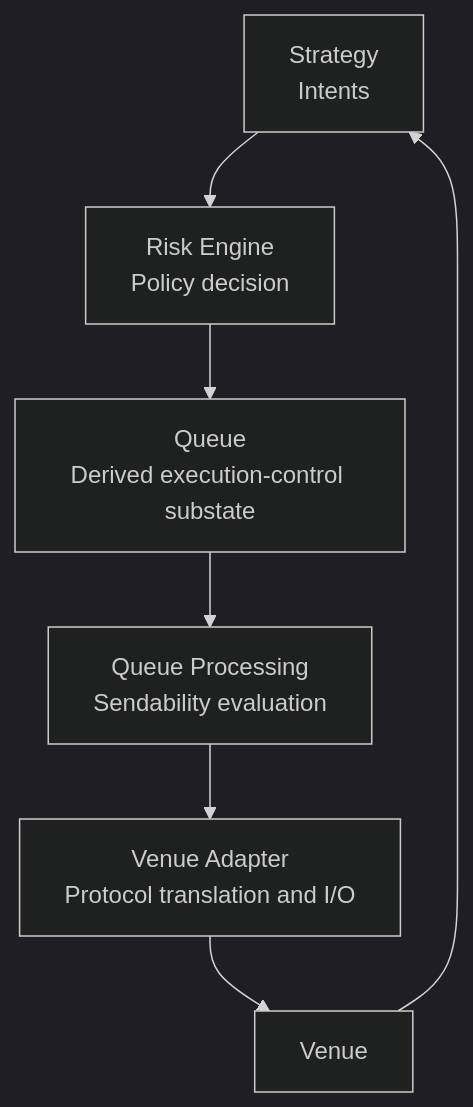
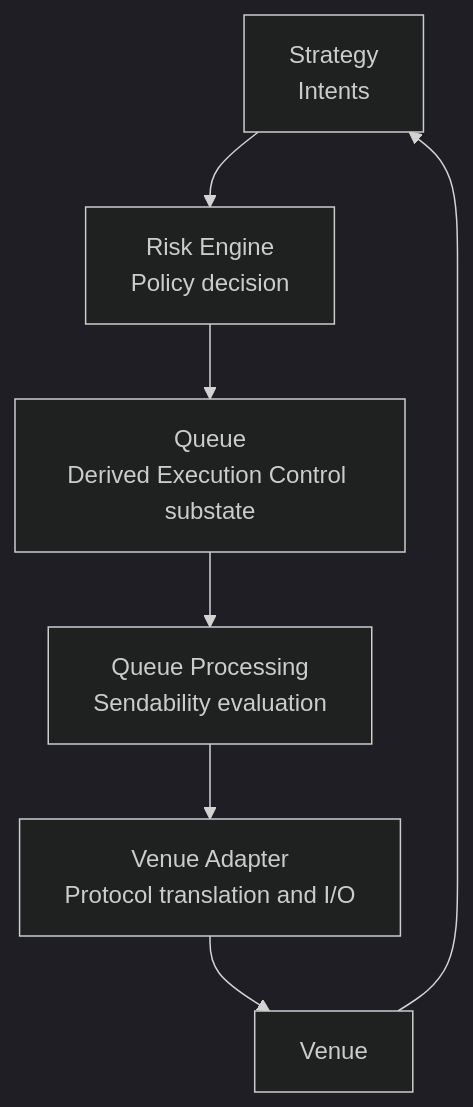
Before and after one commit to TradingChassis/docs: the diagram in docs/10-architecture/intent-pipeline.md, drawn with Mermaid (dark theme). The commit also changed other lines of this file and 35 other files, not shown here.

````diff
--- a/docs/10-architecture/intent-pipeline.md
+++ b/docs/10-architecture/intent-pipeline.md
@@ -41,16 +41,16 @@
 ```mermaid
 flowchart TB
     strategy["Strategy\nIntents"]
     risk["Risk Engine\nPolicy decision"]
-    queue["Queue\nDerived execution-control substate"]
+    queue["Queue\nDerived Execution Control substate"]
     qp["Queue Processing\nSendability evaluation"]
     adapter["Venue Adapter\nProtocol translation and I/O"]
     venue["Venue"]
 
     strategy --> risk
     risk --> queue
     queue --> qp
     qp --> adapter
     adapter --> venue
     venue --> strategy
 ```
````
